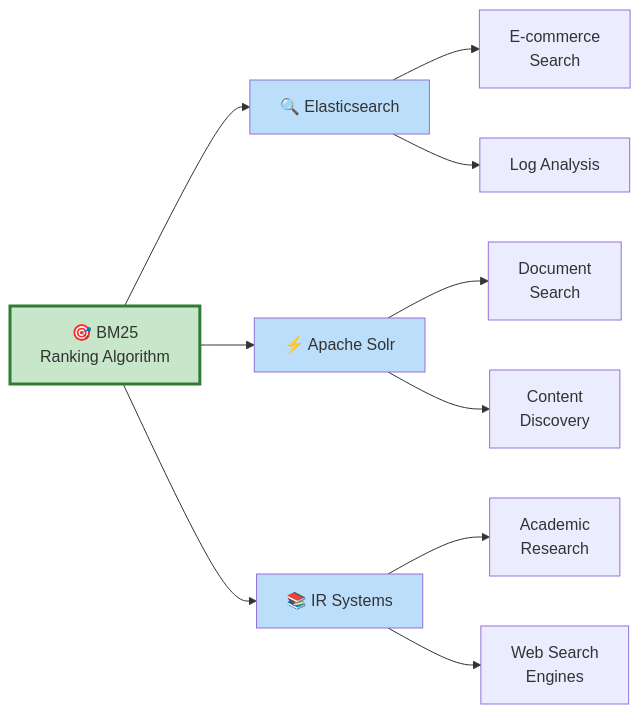
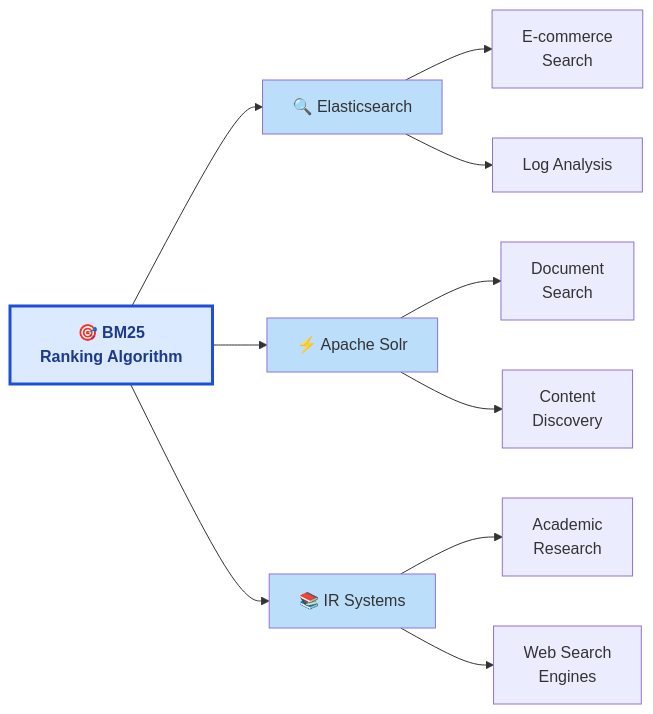
Before and after one commit to ilwon-seo/terms: the third of 4 diagrams in B/BM25.md, drawn with Mermaid. The commit also changed other lines of this file and 18 other files, not shown here.

Commit message:
Standardize current-term Mermaid styling

````diff
--- a/B/BM25.md
+++ b/B/BM25.md
@@ -141,22 +143,23 @@
 ```mermaid
 graph LR
     BM25["🎯 BM25<br/>Ranking Algorithm"]
     
     BM25 --> ES["🔍 Elasticsearch"]
     BM25 --> Solr["⚡ Apache Solr"]
     BM25 --> IR["📚 IR Systems"]
     
     ES --> E1["E-commerce<br/>Search"]
     ES --> E2["Log Analysis"]
     
     Solr --> S1["Document<br/>Search"]
     Solr --> S2["Content<br/>Discovery"]
     
     IR --> I1["Academic<br/>Research"]
     IR --> I2["Web Search<br/>Engines"]
     
-    style BM25 fill:#c8e6c9,stroke:#2e7d32,stroke-width:3px
     style ES fill:#bbdefb
     style Solr fill:#bbdefb
     style IR fill:#bbdefb
+    classDef currentTerm fill:#dbeafe,stroke:#1d4ed8,stroke-width:3px,color:#1e3a8a,font-weight:bold
+    class BM25 currentTerm
 ```
````
